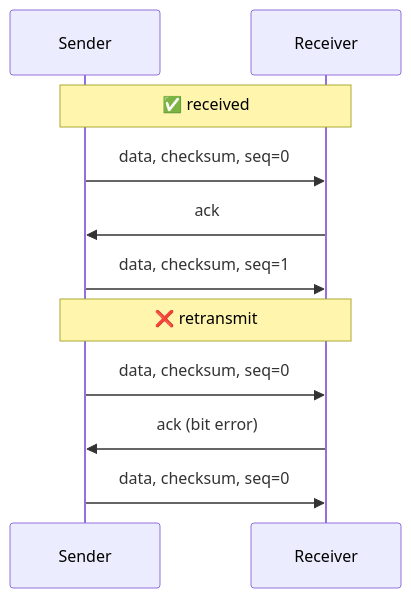
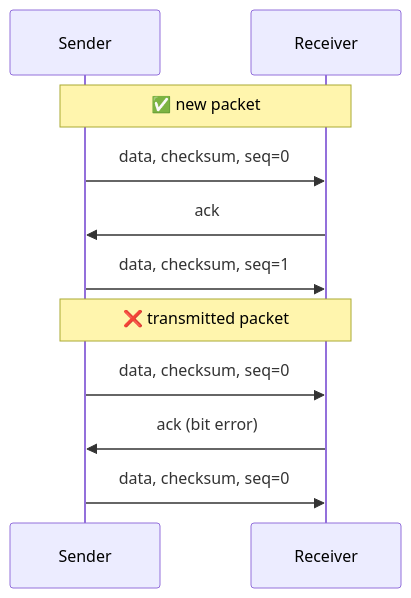
One commit to wdyjwdy/notes changed the fourth of 7 diagrams in network/tcp.md. Above: the diagram before and after it, drawn with Mermaid. The commit also changed other lines of this file, not shown here.

````diff
--- a/network/tcp.md
+++ b/network/tcp.md
@@ -105,15 +107,15 @@
 ```mermaid
 sequenceDiagram
   participant S as Sender
   participant R as Receiver
 
-  Note over S, R: ✅ received
+  Note over S, R: ✅ new packet
   S ->> R: data, checksum, seq=0
   R ->> S: ack
   S ->> R: data, checksum, seq=1
 
-  Note over S, R: ❌ retransmit
+  Note over S, R: ❌ transmitted packet
   S ->> R: data, checksum, seq=0
   R ->> S: ack (bit error)
   S ->> R: data, checksum, seq=0
 ```
````
